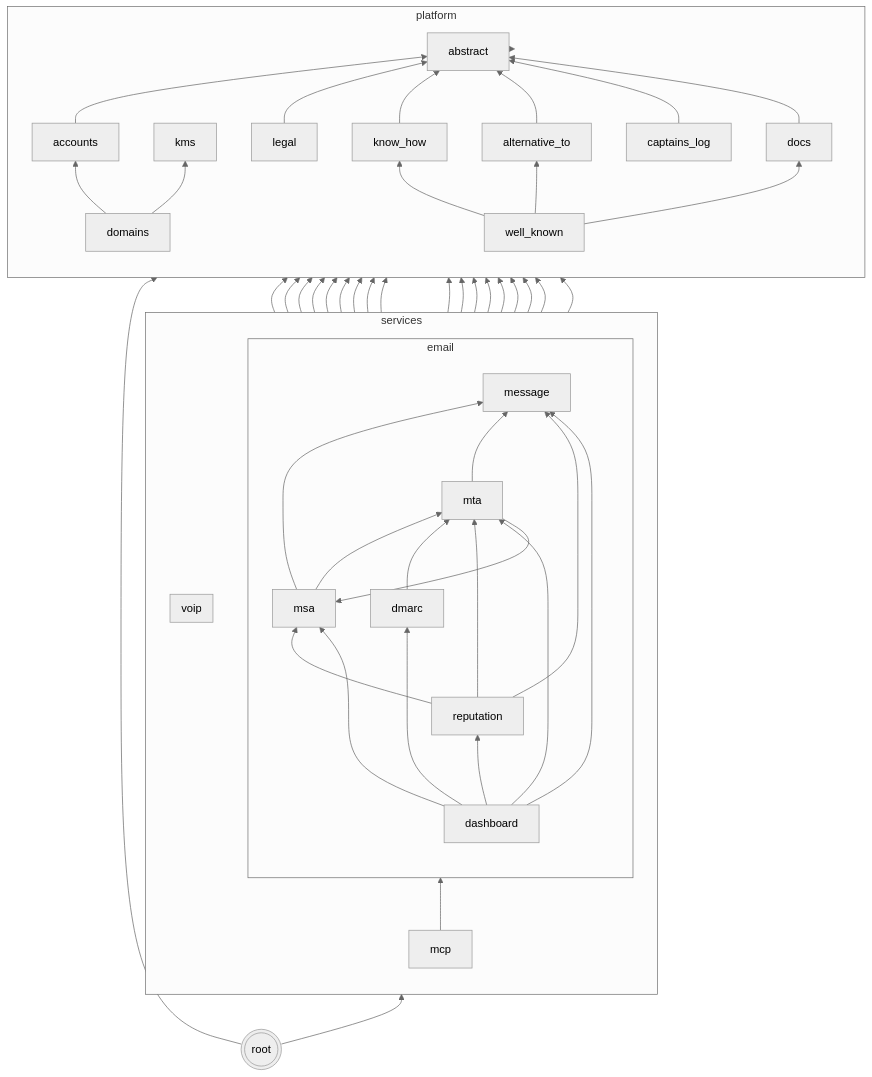
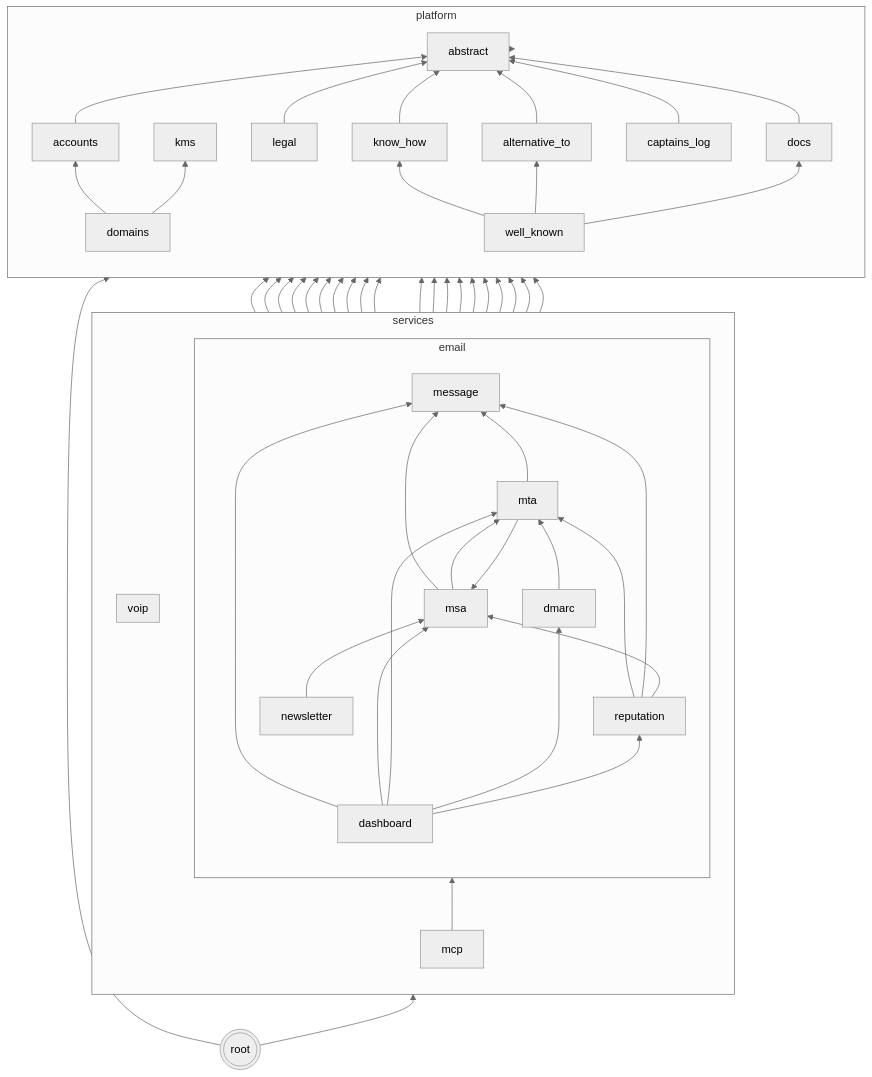
The second of 2 diagrams in README.md (codingjoe/relay), drawn with Mermaid (neutral theme) before and after one commit. The commit also changed 16 other files, not shown here.

```diff
--- a/README.md
+++ b/README.md
@@ -405,6 +405,7 @@
  mta
  dmarc
  reputation
+ newsletter[newsletter]
  message --> accounts
  message --> domains
  message --> kms
@@ -431,6 +432,9 @@
  dashboard --> mta
  dashboard --> dmarc
  dashboard --> reputation
+ newsletter --> captains_log
+ newsletter --> accounts
+ newsletter --> msa
  end
  mcp
  mcp --> abstract
```
